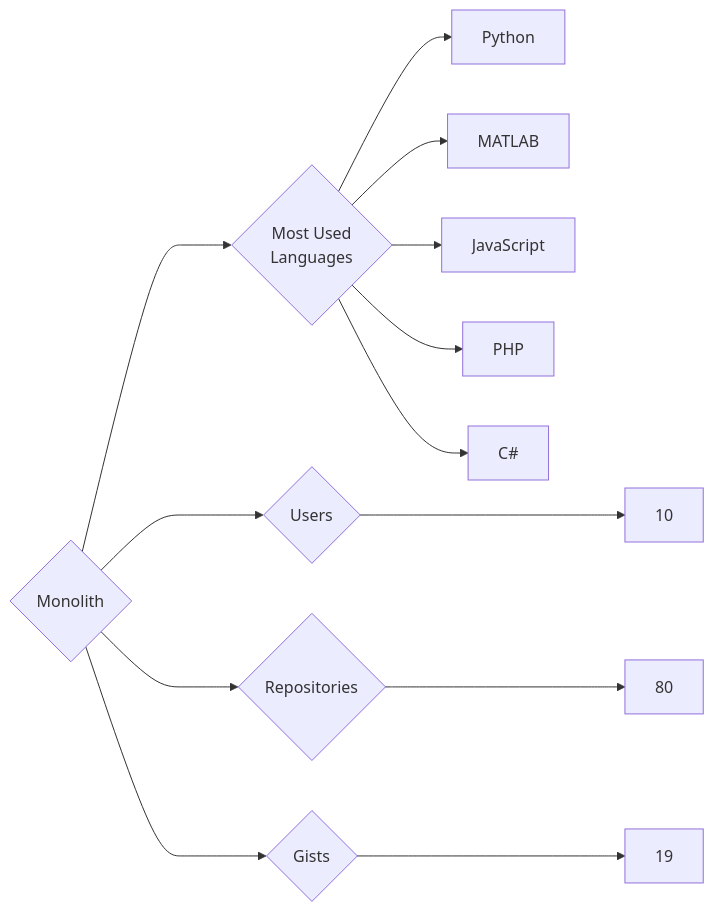
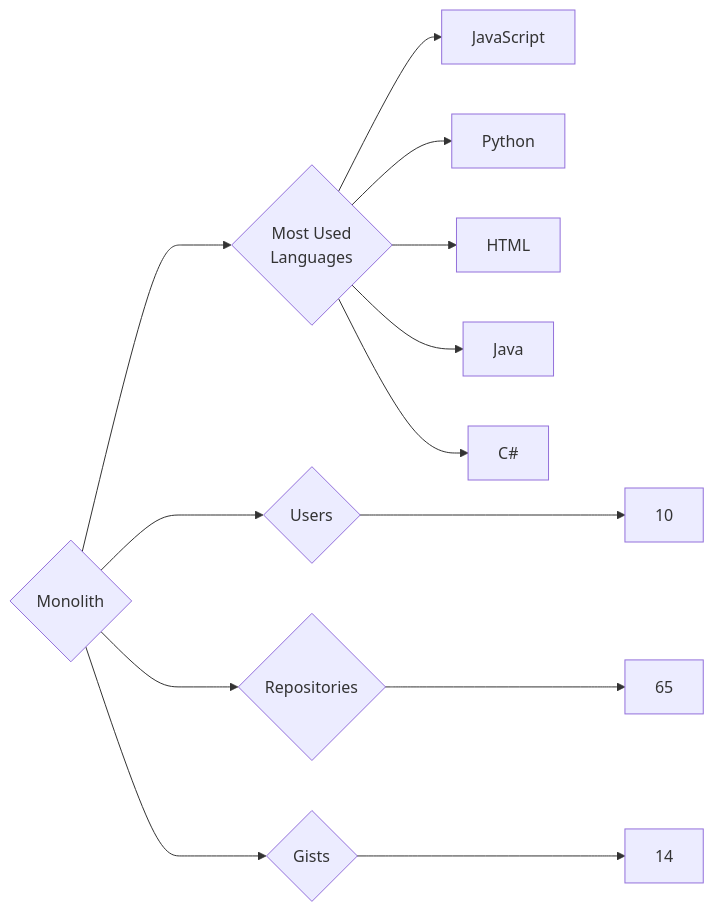
Before and after one commit to trickest/insiders: the diagram in targets/Monolith/README.md, drawn with Mermaid. The commit also changed 728 other files, not shown here.

````diff
--- a/targets/Monolith/README.md
+++ b/targets/Monolith/README.md
@@ -3,13 +3,13 @@
 ```mermaid
 graph LR
 COMPANY_NAME{Monolith}
 COMPANY_NAME ---> U{Users} ---> UN[10]
-COMPANY_NAME ---> R{Repositories} ---> RN[80]
-COMPANY_NAME ---> G{Gists} ---> GN[19]
+COMPANY_NAME ---> R{Repositories} ---> RN[65]
+COMPANY_NAME ---> G{Gists} ---> GN[14]
 COMPANY_NAME ---> ML{Most Used<br>Languages}
+ML --> JavaScript[JavaScript]
 ML --> Python[Python]
-ML --> MATLAB[MATLAB]
-ML --> JavaScript[JavaScript]
-ML --> PHP[PHP]
+ML --> HTML[HTML]
+ML --> Java[Java]
 ML --> C#[C#]
 ```
````
